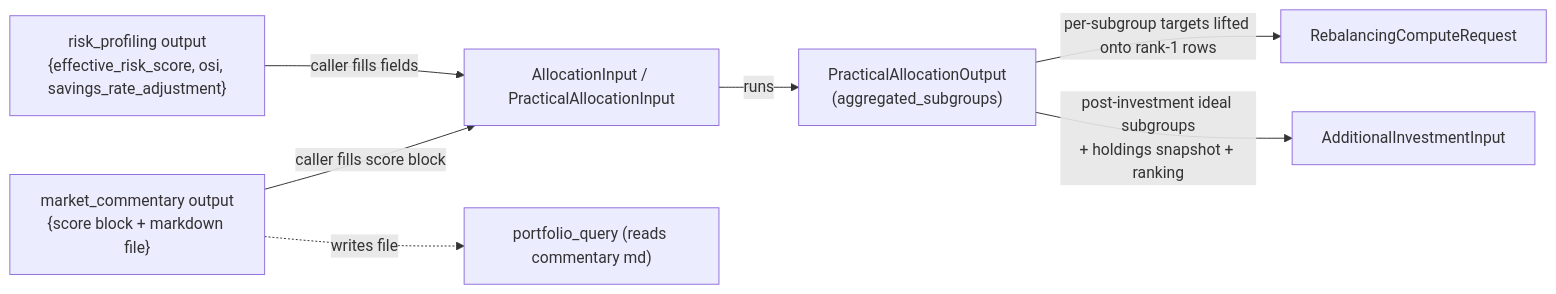
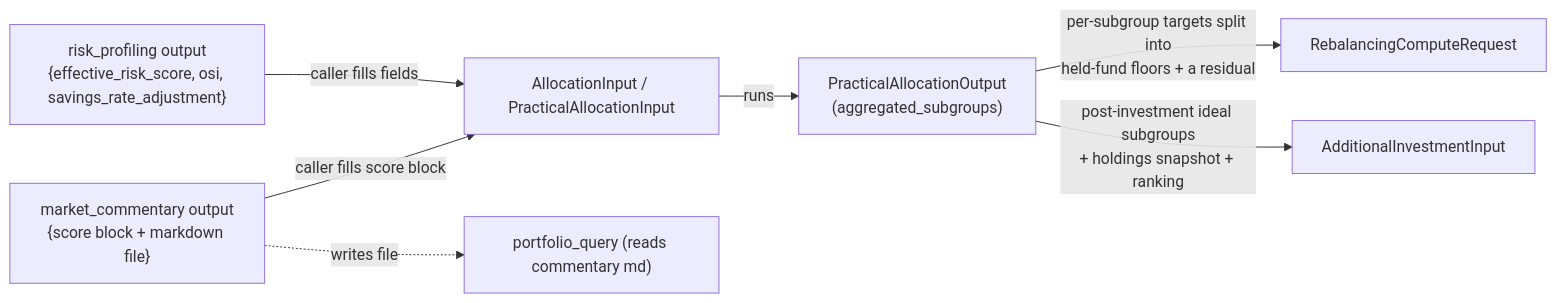
The third of 3 diagrams in AI_Agents/Reference_docs/Tech_reference_docs/ARCHITECTURE.md (tilly5317-lab/Prozpr_Backend), drawn with Mermaid before and after one commit. The commit also changed other lines of this file and 23 other files, not shown here.

````diff
--- a/AI_Agents/Reference_docs/Tech_reference_docs/ARCHITECTURE.md
+++ b/AI_Agents/Reference_docs/Tech_reference_docs/ARCHITECTURE.md
@@ -393,17 +396,17 @@
 ```mermaid
 flowchart LR
     RP_out["risk_profiling output<br/>{effective_risk_score, osi, savings_rate_adjustment}"]
     MC_out["market_commentary output<br/>{score block + markdown file}"]
     AA_in["AllocationInput / PracticalAllocationInput"]
     PA_out["PracticalAllocationOutput<br/>(aggregated_subgroups)"]
     RB_in["RebalancingComputeRequest"]
     AINV_in["AdditionalInvestmentInput"]
     PQ_in["portfolio_query (reads commentary md)"]
 
     RP_out -->|"caller fills fields"| AA_in
     MC_out -->|"caller fills score block"| AA_in
     MC_out -.->|"writes file"| PQ_in
     AA_in -->|"runs"| PA_out
-    PA_out -->|"per-subgroup targets lifted onto rank-1 rows"| RB_in
+    PA_out -->|"per-subgroup targets split into<br/>held-fund floors + a residual"| RB_in
     PA_out -->|"post-investment ideal subgroups<br/>+ holdings snapshot + ranking"| AINV_in
 ```
````
